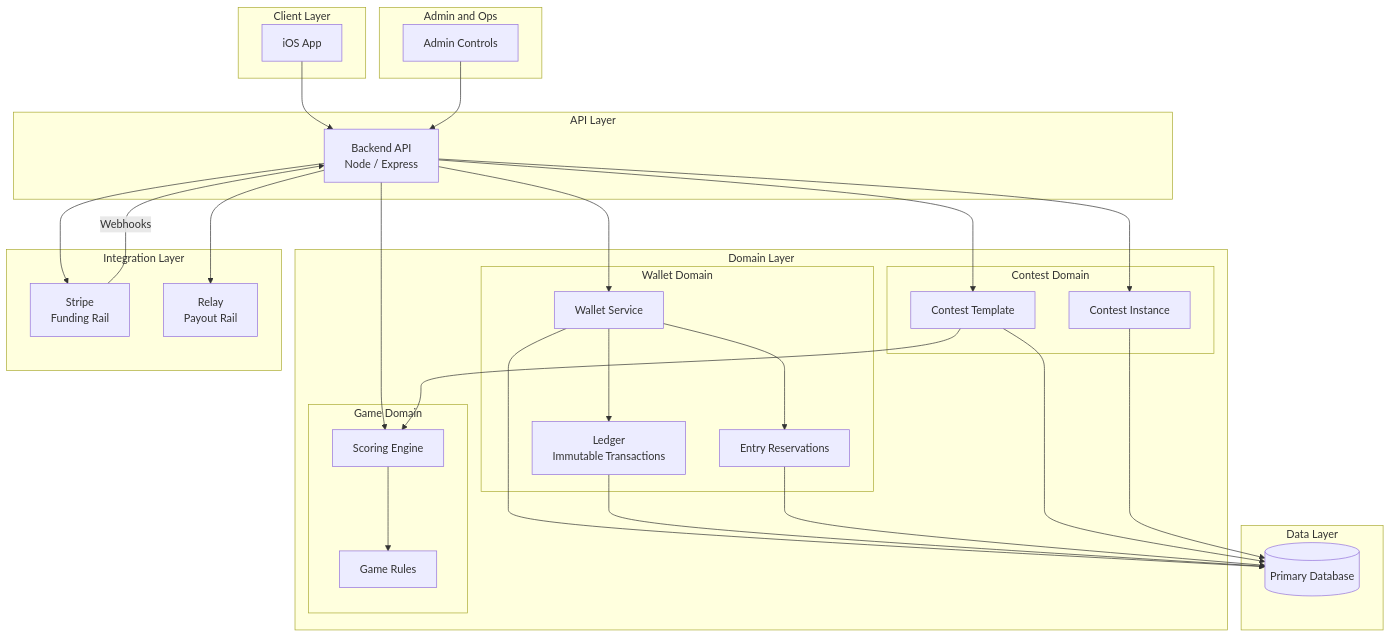
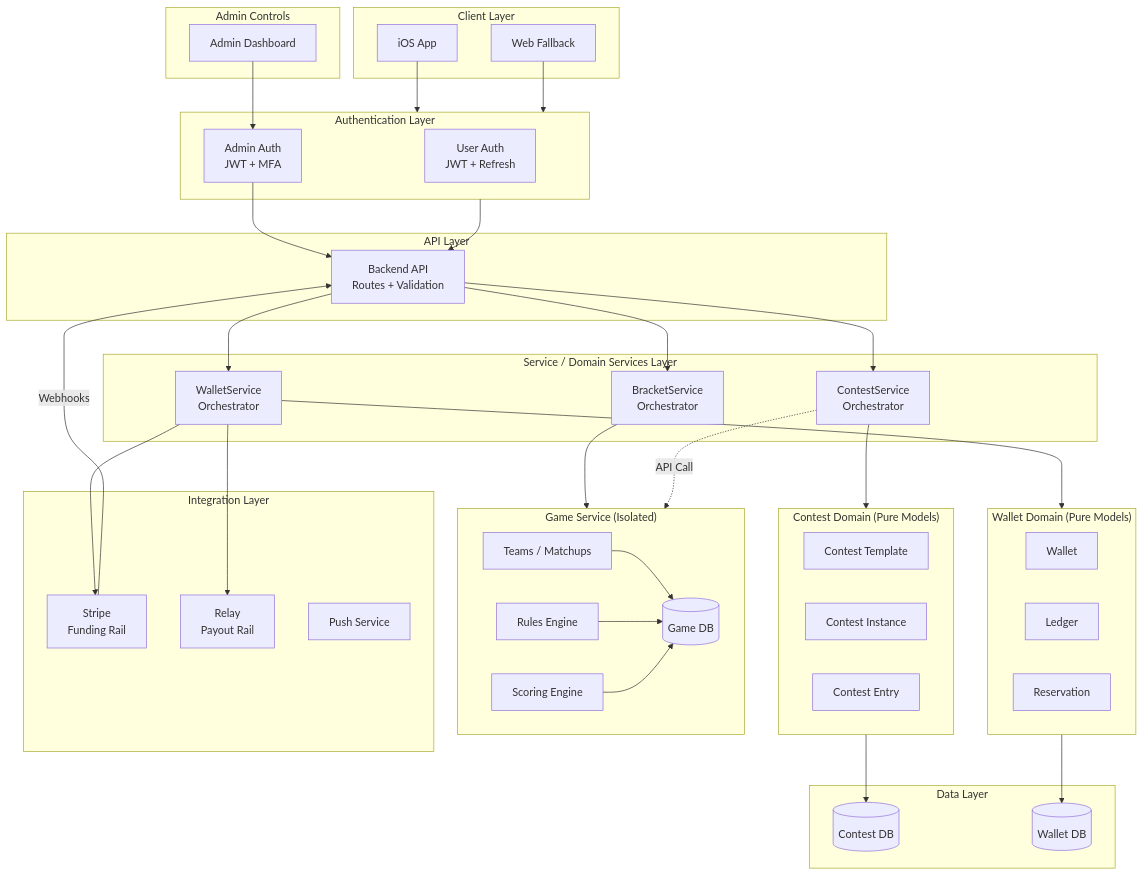
One commit to GreenbowAlabama/PlayoffChallenge changed the diagram in docs/planning/hesonfire.md. Above: the diagram before and after it, drawn with Mermaid. The commit also changed other lines of this file, not shown here.

````diff
--- a/docs/planning/hesonfire.md
+++ b/docs/planning/hesonfire.md
@@ -1153,73 +2012,97 @@
 %% CLIENT LAYER
 subgraph Client["Client Layer"]
   IOS[iOS App]
+  WebFallback[Web Fallback]
+end
+
+%% AUTH LAYER
+subgraph Auth["Authentication Layer"]
+  UserAuth[User Auth<br/>JWT + Refresh]
+  AdminAuth[Admin Auth<br/>JWT + MFA]
 end
 
 %% API LAYER
 subgraph API["API Layer"]
-  APICore[Backend API<br/>Node / Express]
+  APICore[Backend API<br/>Routes + Validation]
 end
 
-%% DOMAIN LAYER
-subgraph Domain["Domain Layer"]
+%% SERVICE LAYER
+subgraph Services["Service / Domain Services Layer"]
+  ContestSvc[ContestService<br/>Orchestrator]
+  WalletSvc[WalletService<br/>Orchestrator]
+  BracketSvc[BracketService<br/>Orchestrator]
+end
 
-  subgraph Wallet["Wallet Domain"]
-    WalletSvc[Wallet Service]
-    Ledger[Ledger<br/>Immutable Transactions]
-    Reservation[Entry Reservations]
-  end
+%% DOMAIN LAYER - Pure Models
+subgraph ContestDomain["Contest Domain (Pure Models)"]
+  Template[Contest Template]
+  Instance[Contest Instance]
+  Entry[Contest Entry]
+end
 
-  subgraph Contest["Contest Domain"]
-    Template[Contest Template]
-    Instance[Contest Instance]
-  end
+subgraph WalletDomain["Wallet Domain (Pure Models)"]
+  Wallet[Wallet]
+  Ledger[Ledger]
+  Reservation[Reservation]
+end
 
-  subgraph Game["Game Domain"]
-    Engine[Scoring Engine]
-    Rules[Game Rules]
-  end
+%% GAME SERVICE - Isolated
+subgraph GameService["Game Service (Isolated)"]
+  RulesEngine[Rules Engine]
+  ScoringEngine[Scoring Engine]
+  GameData[Teams / Matchups]
+  GameDB[(Game DB)]
 end
 
 %% DATA LAYER
 subgraph Data["Data Layer"]
-  DB[(Primary Database)]
+  ContestDB[(Contest DB)]
+  WalletDB[(Wallet DB)]
 end
 
 %% INTEGRATIONS
 subgraph Integrations["Integration Layer"]
   Stripe[Stripe<br/>Funding Rail]
   Relay[Relay<br/>Payout Rail]
+  Push[Push Service]
 end
 
 %% ADMIN
-subgraph Admin["Admin and Ops"]
-  AdminUI[Admin Controls]
+subgraph Admin["Admin Controls"]
+  AdminUI[Admin Dashboard]
 end
 
-%% FLOWS
-IOS --> APICore
+%% CLIENT FLOWS
+IOS --> Auth
+WebFallback --> Auth
+Auth --> APICore
 
+%% API TO SERVICES
+APICore --> ContestSvc
 APICore --> WalletSvc
-APICore --> Instance
-APICore --> Template
-APICore --> Engine
+APICore --> BracketSvc
 
-WalletSvc --> Ledger
-WalletSvc --> Reservation
+%% SERVICES TO DOMAINS (no cross-domain)
+ContestSvc --> ContestDomain
+WalletSvc --> WalletDomain
+BracketSvc --> GameService
 
-Template --> Engine
-Engine --> Rules
+%% CONTEST SERVICE CALLS GAME SERVICE (API boundary, no coupling)
+ContestSvc -.->|"API Call"| GameService
 
-WalletSvc --> DB
-Ledger --> DB
-Reservation --> DB
-Template --> DB
-Instance --> DB
+%% DOMAINS TO DATA
+ContestDomain --> ContestDB
+WalletDomain --> WalletDB
+GameData --> GameDB
+RulesEngine --> GameDB
+ScoringEngine --> GameDB
 
-APICore --> Stripe
+%% SERVICES TO INTEGRATIONS
+WalletSvc --> Stripe
+WalletSvc --> Relay
 Stripe -->|Webhooks| APICore
 
-APICore --> Relay
-
-AdminUI --> APICore
+%% ADMIN FLOWS
+AdminUI --> AdminAuth
+AdminAuth --> APICore
 ```
````
